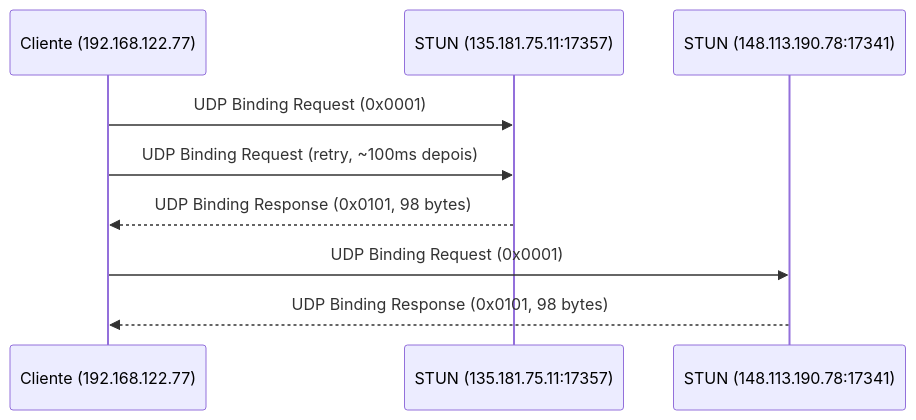
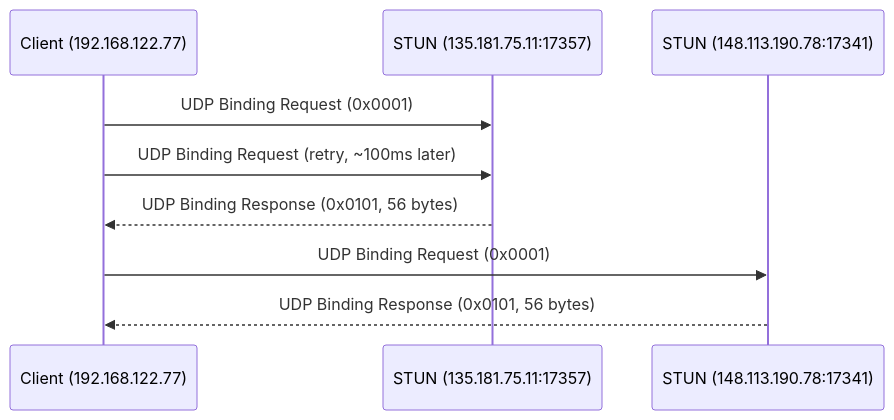
The fourth of 6 diagrams in docs/PCAP_FLOW_MAP.md (Pedrodroks34/radmin-vpn-linux-rs), drawn with Mermaid before and after one commit. The commit also changed other lines of this file and 5 other files, not shown here.

````diff
--- a/docs/PCAP_FLOW_MAP.md
+++ b/docs/PCAP_FLOW_MAP.md
@@ -132,12 +133,12 @@
 ```mermaid
 sequenceDiagram
-    participant C as Cliente (192.168.122.77)
+    participant C as Client (192.168.122.77)
     participant ST1 as STUN (135.181.75.11:17357)
     participant ST2 as STUN (148.113.190.78:17341)
 
     C->>ST1: UDP Binding Request (0x0001)
-    C->>ST1: UDP Binding Request (retry, ~100ms depois)
-    ST1-->>C: UDP Binding Response (0x0101, 98 bytes)
+    C->>ST1: UDP Binding Request (retry, ~100ms later)
+    ST1-->>C: UDP Binding Response (0x0101, 56 bytes)
     C->>ST2: UDP Binding Request (0x0001)
-    ST2-->>C: UDP Binding Response (0x0101, 98 bytes)
+    ST2-->>C: UDP Binding Response (0x0101, 56 bytes)
 ```
````
